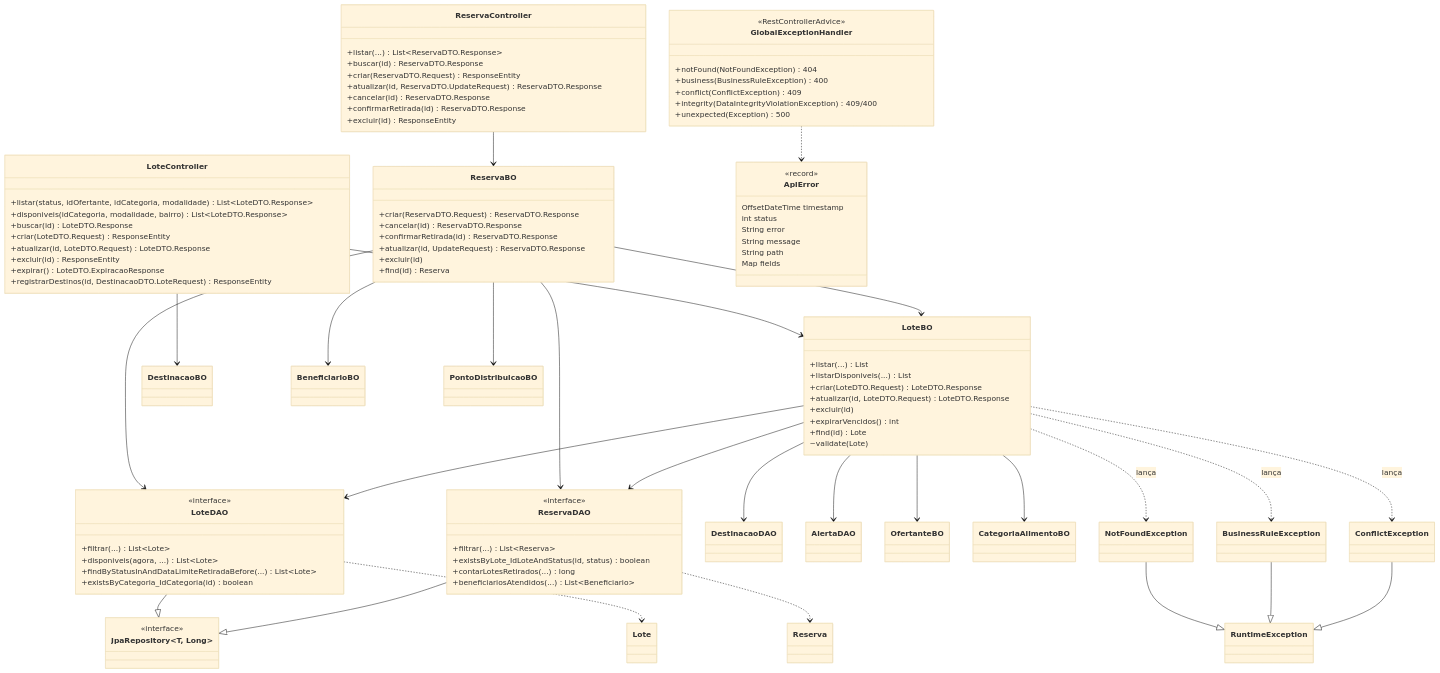
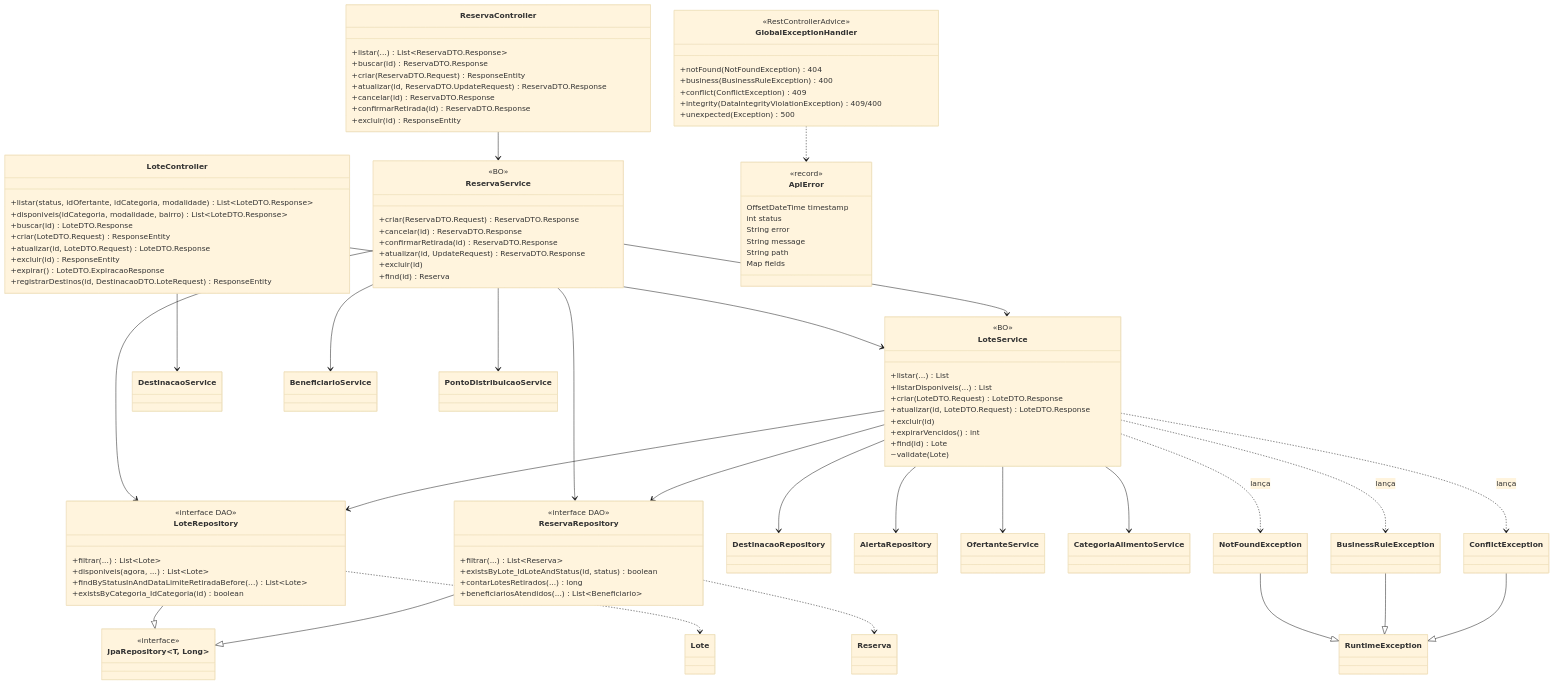
Before and after one commit to Thomas-Sievers/rede-prato-java: the second of 2 diagrams in docs/class-diagram.md, drawn with Mermaid (base theme). The commit also changed other lines of this file and 6 other files, not shown here.

Commit message:
docs: map repository/service to DAO/BO layers (D-14)

````diff
--- a/docs/class-diagram.md
+++ b/docs/class-diagram.md
@@ -213,7 +215,8 @@
         +confirmarRetirada(id) ReservaDTO.Response
         +excluir(id) ResponseEntity
     }
-    class LoteBO {
+    class LoteService {
+        <<BO>>
         +listar(...) List
         +listarDisponiveis(...) List
         +criar(LoteDTO.Request) LoteDTO.Response
@@ -223,7 +226,8 @@
         +find(id) Lote
         ~validate(Lote)
     }
-    class ReservaBO {
+    class ReservaService {
+        <<BO>>
         +criar(ReservaDTO.Request) ReservaDTO.Response
         +cancelar(id) ReservaDTO.Response
         +confirmarRetirada(id) ReservaDTO.Response
@@ -231,15 +235,15 @@
         +excluir(id)
         +find(id) Reserva
     }
-    class LoteDAO {
-        <<interface>>
+    class LoteRepository {
+        <<interface DAO>>
         +filtrar(...) List~Lote~
         +disponiveis(agora, ...) List~Lote~
         +findByStatusInAndDataLimiteRetiradaBefore(...) List~Lote~
         +existsByCategoria_IdCategoria(id) boolean
     }
-    class ReservaDAO {
-        <<interface>>
+    class ReservaRepository {
+        <<interface DAO>>
         +filtrar(...) List~Reserva~
         +existsByLote_IdLoteAndStatus(id, status) boolean
         +contarLotesRetirados(...) long
@@ -251,24 +255,24 @@
     class Lote
     class Reserva
 
-    LoteController --> LoteBO
-    LoteController --> DestinacaoBO
-    ReservaController --> ReservaBO
-    ReservaBO --> LoteBO
-    ReservaBO --> ReservaDAO
-    ReservaBO --> LoteDAO
-    ReservaBO --> BeneficiarioBO
-    ReservaBO --> PontoDistribuicaoBO
-    LoteBO --> LoteDAO
-    LoteBO --> ReservaDAO
-    LoteBO --> DestinacaoDAO
-    LoteBO --> AlertaDAO
-    LoteBO --> OfertanteBO
-    LoteBO --> CategoriaAlimentoBO
-    LoteDAO --|> JpaRepository
-    ReservaDAO --|> JpaRepository
-    LoteDAO ..> Lote
-    ReservaDAO ..> Reserva
+    LoteController --> LoteService
+    LoteController --> DestinacaoService
+    ReservaController --> ReservaService
+    ReservaService --> LoteService
+    ReservaService --> ReservaRepository
+    ReservaService --> LoteRepository
+    ReservaService --> BeneficiarioService
+    ReservaService --> PontoDistribuicaoService
+    LoteService --> LoteRepository
+    LoteService --> ReservaRepository
+    LoteService --> DestinacaoRepository
+    LoteService --> AlertaRepository
+    LoteService --> OfertanteService
+    LoteService --> CategoriaAlimentoService
+    LoteRepository --|> JpaRepository
+    ReservaRepository --|> JpaRepository
+    LoteRepository ..> Lote
+    ReservaRepository ..> Reserva
 
     class GlobalExceptionHandler {
         <<RestControllerAdvice>>
@@ -295,7 +299,7 @@
     BusinessRuleException --|> RuntimeException
     ConflictException --|> RuntimeException
     GlobalExceptionHandler ..> ApiError
-    LoteBO ..> BusinessRuleException : lança
-    LoteBO ..> ConflictException : lança
-    LoteBO ..> NotFoundException : lança
+    LoteService ..> BusinessRuleException : lança
+    LoteService ..> ConflictException : lança
+    LoteService ..> NotFoundException : lança
 ```
````
